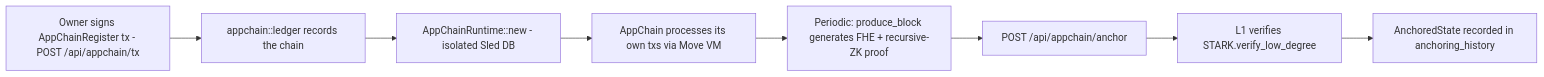
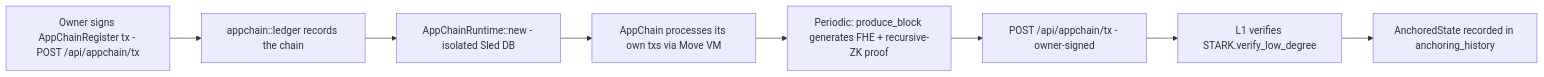
The eighth of 9 diagrams in ULTRA_NET_TECHNICAL_GUIDE.md (Alexand173/ultranet), drawn with Mermaid before and after one commit. The commit also changed other lines of this file and 11 other files, not shown here.

First line of the commit message:
fix(website): anchor from the owner wallet, not a retired node route

````diff
--- a/ULTRA_NET_TECHNICAL_GUIDE.md
+++ b/ULTRA_NET_TECHNICAL_GUIDE.md
@@ -645,10 +647,10 @@
 ```mermaid
 graph LR
     A[Owner signs AppChainRegister tx - POST /api/appchain/tx] --> B[appchain::ledger records the chain]
     B --> C[AppChainRuntime::new - isolated Sled DB]
     C --> D[AppChain processes its own txs via Move VM]
     D --> E[Periodic: produce_block generates FHE + recursive-ZK proof]
-    E --> F[POST /api/appchain/anchor]
+    E --> F[POST /api/appchain/tx - owner-signed]
     F --> G[L1 verifies STARK.verify_low_degree]
     G --> H[AnchoredState recorded in anchoring_history]
 ```
````
